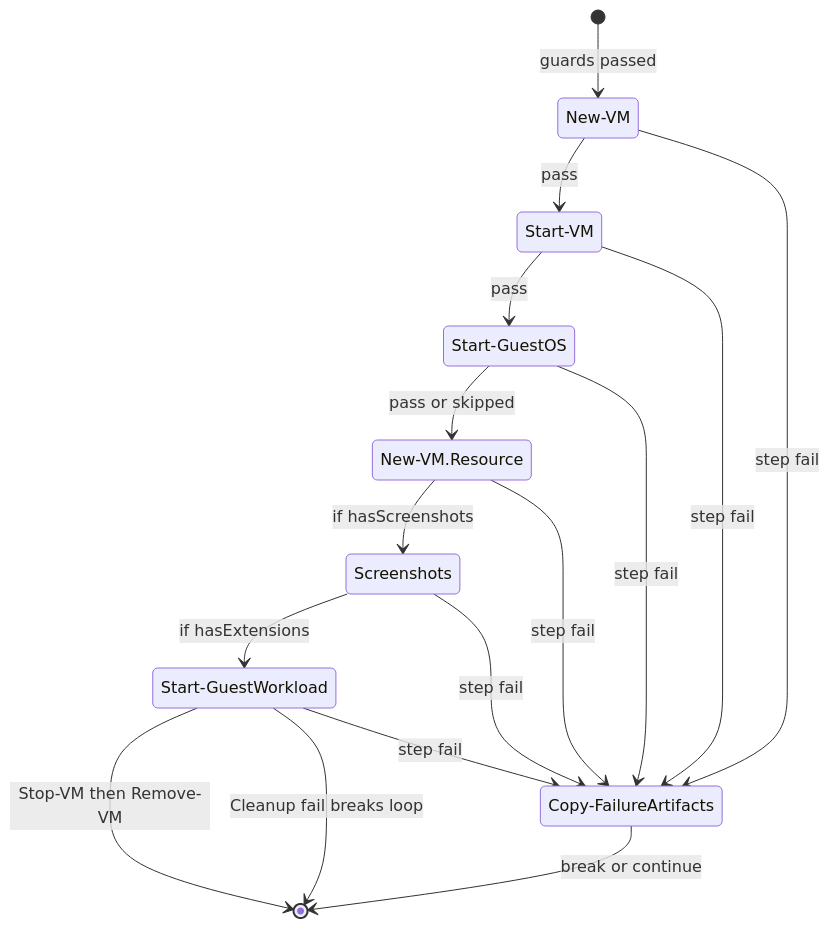
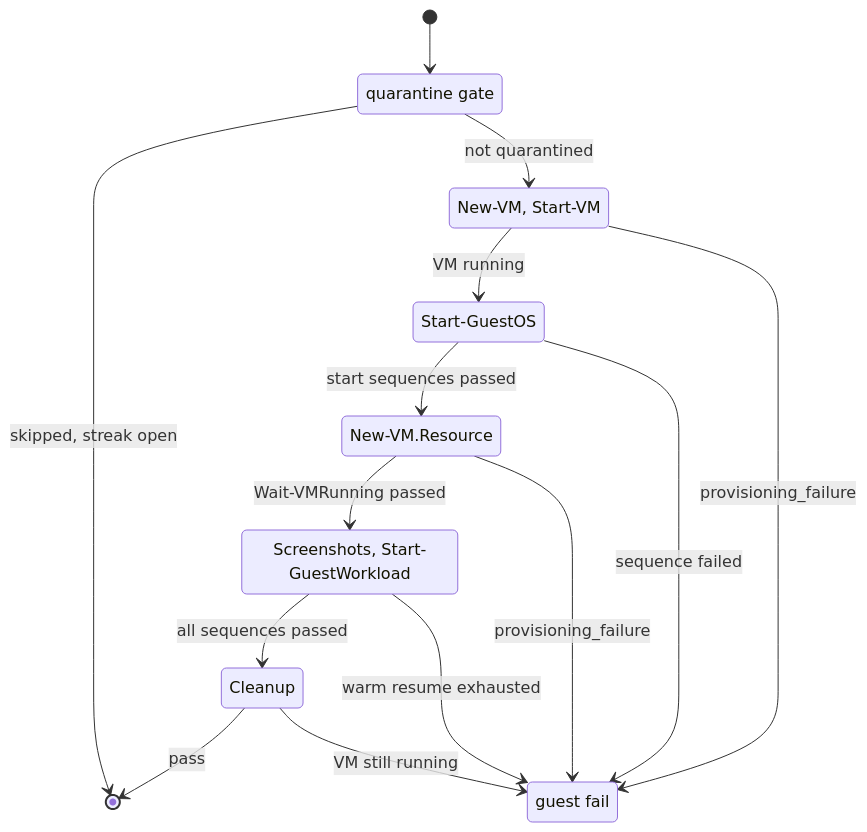
One commit to alissonsol/yuruna changed the second of 3 diagrams in docs/design/04-lifecycle-state.md. Above: the diagram before and after it, drawn with Mermaid. The commit also changed other lines of this file and 635 other files, not shown here.

````diff
--- a/docs/design/04-lifecycle-state.md
+++ b/docs/design/04-lifecycle-state.md
@@ -186,25 +258,24 @@
 ```mermaid
 stateDiagram-v2
-    state "New-VM" as new_vm
-    state "Start-VM" as start_vm
-    state "Start-GuestOS" as start_guest_os
-    state "New-VM.Resource" as resource
-    state "Screenshots" as screenshots
-    state "Start-GuestWorkload" as workload
-    state "Copy-FailureArtifacts" as diagnose
-    [*] --> new_vm : guards passed
-    new_vm --> start_vm : pass
-    start_vm --> start_guest_os : pass
-    start_guest_os --> resource : pass or skipped
-    resource --> screenshots : if hasScreenshots
-    screenshots --> workload : if hasExtensions
-    workload --> [*] : Stop-VM then Remove-VM
-    workload --> [*] : Cleanup fail breaks loop
-    new_vm --> diagnose : step fail
-    start_vm --> diagnose : step fail
-    start_guest_os --> diagnose : step fail
-    resource --> diagnose : step fail
-    screenshots --> diagnose : step fail
-    workload --> diagnose : step fail
-    diagnose --> [*] : break or continue
+    state "quarantine gate" as quarantine
+    state "New-VM, Start-VM" as provision
+    state "Start-GuestOS" as guestos
+    state "New-VM.Resource" as vmresource
+    state "Screenshots, Start-GuestWorkload" as workload
+    state "Cleanup" as cleanup
+    state "guest fail" as failed
+
+    [*] --> quarantine
+    quarantine --> [*] : skipped, streak open
+    quarantine --> provision : not quarantined
+    provision --> guestos : VM running
+    provision --> failed : provisioning_failure
+    guestos --> vmresource : start sequences passed
+    guestos --> failed : sequence failed
+    vmresource --> workload : Wait-VMRunning passed
+    vmresource --> failed : provisioning_failure
+    workload --> cleanup : all sequences passed
+    workload --> failed : warm resume exhausted
+    cleanup --> [*] : pass
+    cleanup --> failed : VM still running
 ```
````
